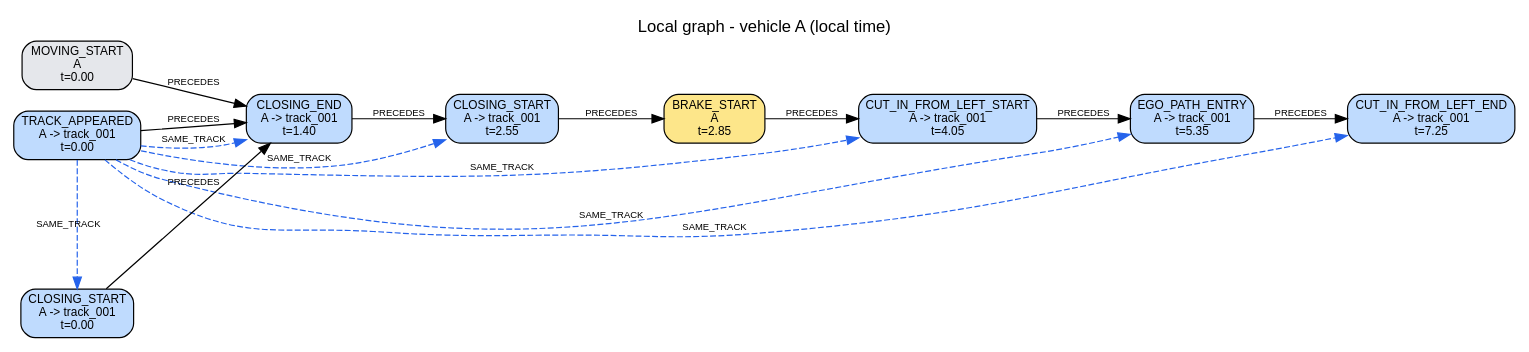
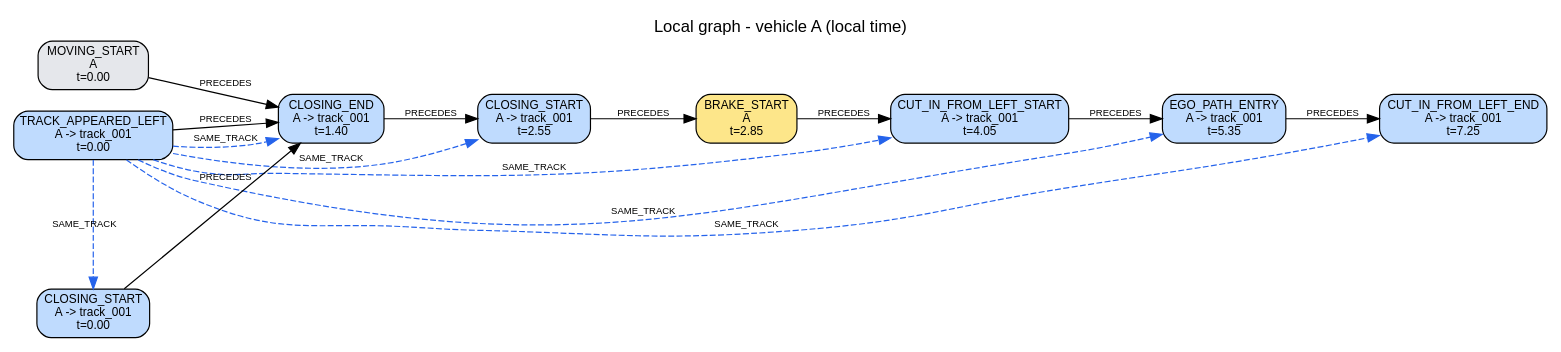
The diagram in traces/S13/run_0_safe_lane_change/reconstruction/A/local_graph.dot (AndreaBedei1/causaldrive-forensics), drawn with Graphviz before and after one commit. The commit also changed 488 other files, not shown here.

```diff
--- a/traces/S13/run_0_safe_lane_change/reconstruction/A/local_graph.dot
+++ b/traces/S13/run_0_safe_lane_change/reconstruction/A/local_graph.dot
@@ -1,29 +1,29 @@
 digraph "local_A" {
   graph [rankdir=LR, labelloc=t, fontname=Helvetica, label="Local graph - vehicle A (local time)"];
   node [shape=box, style="rounded,filled", fontname=Helvetica, fontsize=10];
   edge [fontname=Helvetica, fontsize=8];
   "A:e01" [label="MOVING_START\nA\nt=0.00", fillcolor="#e5e7eb"];
-  "A:e02" [label="TRACK_APPEARED\nA -> track_001\nt=0.00", fillcolor="#bfdbfe"];
+  "A:e02" [label="TRACK_APPEARED_LEFT\nA -> track_001\nt=0.00", fillcolor="#bfdbfe"];
   "A:e03" [label="CLOSING_START\nA -> track_001\nt=0.00", fillcolor="#bfdbfe"];
   "A:e04" [label="CLOSING_END\nA -> track_001\nt=1.40", fillcolor="#bfdbfe"];
   "A:e05" [label="CLOSING_START\nA -> track_001\nt=2.55", fillcolor="#bfdbfe"];
   "A:e06" [label="BRAKE_START\nA\nt=2.85", fillcolor="#fde68a"];
   "A:e07" [label="CUT_IN_FROM_LEFT_START\nA -> track_001\nt=4.05", fillcolor="#bfdbfe"];
   "A:e08" [label="EGO_PATH_ENTRY\nA -> track_001\nt=5.35", fillcolor="#bfdbfe"];
   "A:e09" [label="CUT_IN_FROM_LEFT_END\nA -> track_001\nt=7.25", fillcolor="#bfdbfe"];
   {rank=same; "A:e01"; "A:e02"; "A:e03";}
   "A:e01" -> "A:e04" [label="PRECEDES"];
   "A:e02" -> "A:e04" [label="PRECEDES"];
   "A:e03" -> "A:e04" [label="PRECEDES"];
   "A:e04" -> "A:e05" [label="PRECEDES"];
   "A:e05" -> "A:e06" [label="PRECEDES"];
   "A:e06" -> "A:e07" [label="PRECEDES"];
   "A:e07" -> "A:e08" [label="PRECEDES"];
   "A:e08" -> "A:e09" [label="PRECEDES"];
   "A:e02" -> "A:e03" [label="SAME_TRACK", style=dashed, color="#2563eb", constraint=false];
   "A:e02" -> "A:e04" [label="SAME_TRACK", style=dashed, color="#2563eb", constraint=false];
   "A:e02" -> "A:e05" [label="SAME_TRACK", style=dashed, color="#2563eb", constraint=false];
   "A:e02" -> "A:e07" [label="SAME_TRACK", style=dashed, color="#2563eb", constraint=false];
   "A:e02" -> "A:e08" [label="SAME_TRACK", style=dashed, color="#2563eb", constraint=false];
   "A:e02" -> "A:e09" [label="SAME_TRACK", style=dashed, color="#2563eb", constraint=false];
 }
```
